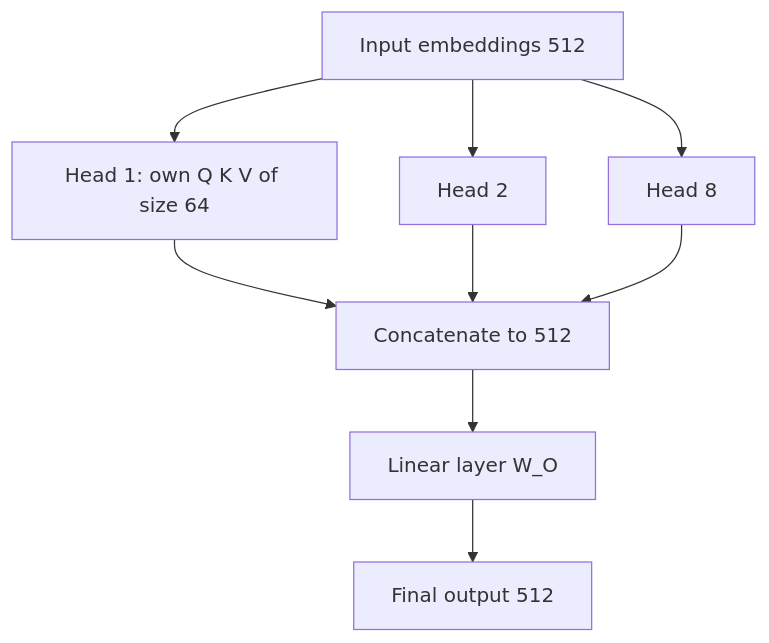
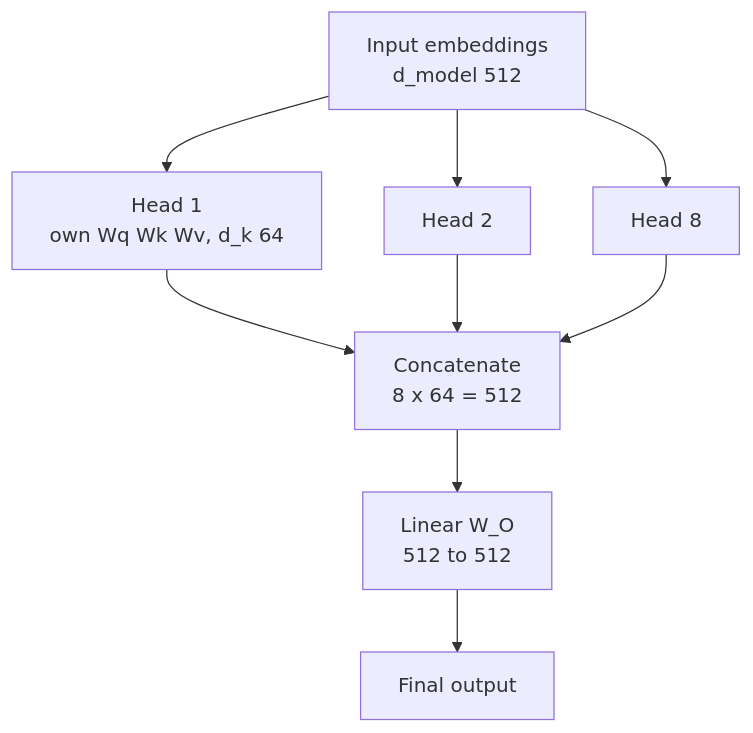
One commit to kaisarnajar/outcome-school-blogs changed the diagram in notes/step-03-generative-ai-and-the-transformer-architecture/058-multi-head-attention-in-transformers.md. Above: the diagram before and after it, drawn with Mermaid. The commit also changed other lines of this file and 233 other files, not shown here.

````diff
--- a/notes/step-03-generative-ai-and-the-transformer-architecture/058-multi-head-attention-in-transformers.md
+++ b/notes/step-03-generative-ai-and-the-transformer-architecture/058-multi-head-attention-in-transformers.md
@@ -37,11 +56,11 @@
 ```mermaid
 flowchart TD
-    A["Input embeddings 512"] --> H1["Head 1: own Q K V of size 64"]
-    A --> H2["Head 2"]
-    A --> H8["Head 8"]
-    H1 --> C["Concatenate to 512"]
-    H2 --> C
-    H8 --> C
-    C --> W["Linear layer W_O"]
-    W --> O["Final output 512"]
+    I1["Input embeddings<br/>d_model 512"] --> H1["Head 1<br/>own Wq Wk Wv, d_k 64"]
+    I1 --> H2["Head 2"]
+    I1 --> H3["Head 8"]
+    H1 --> C1["Concatenate<br/>8 x 64 = 512"]
+    H2 --> C1
+    H3 --> C1
+    C1 --> W1["Linear W_O<br/>512 to 512"]
+    W1 --> O1["Final output"]
 ```
````
